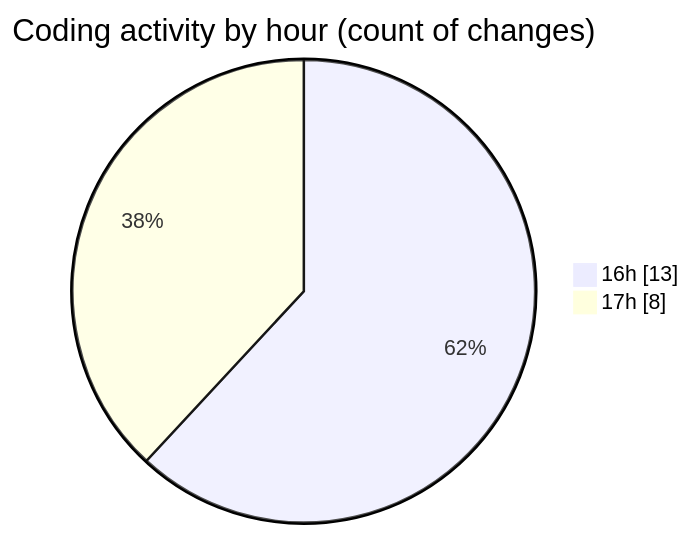
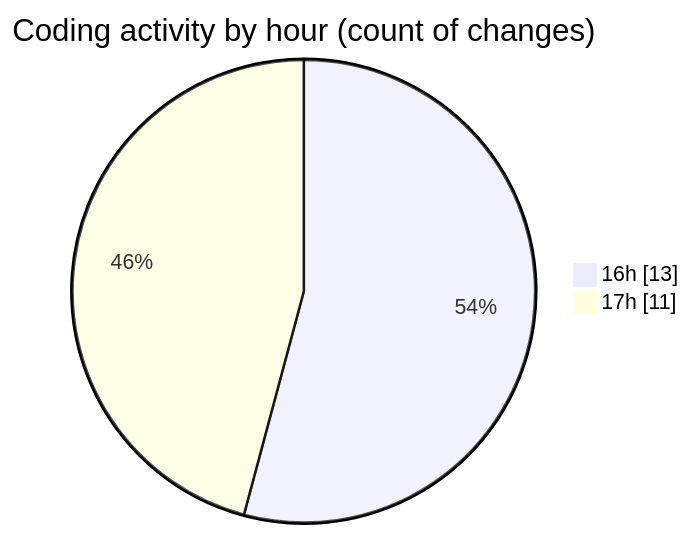
One commit to idhammustaqopulfikri/code-tracking changed the second of 2 diagrams in 2025-05-28/studio-backend/README.md. Above: the diagram before and after it, drawn with Mermaid. The commit also changed other lines of this file and 1 other file, not shown here.

````diff
--- a/2025-05-28/studio-backend/README.md
+++ b/2025-05-28/studio-backend/README.md
@@ -38,6 +40,6 @@
 ```mermaid
 pie showData
 title Coding activity by hour (count of changes)
 "16h" : 13
-"17h" : 8
+"17h" : 11
 ```
````
